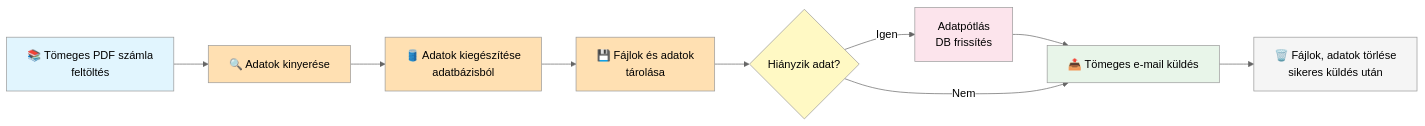
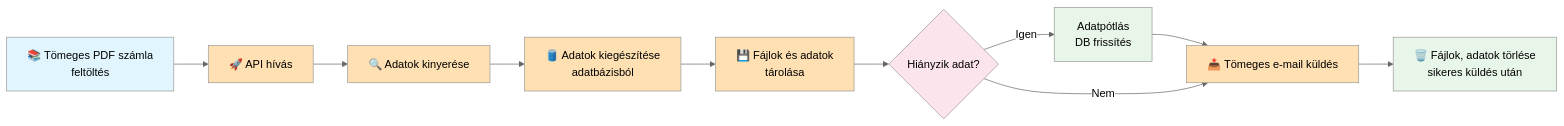
The fourth of 4 diagrams in SHOWCASE_mermaid.md (kraliken/playground-client), drawn with Mermaid (neutral theme) before and after one commit.

Commit message:
Update flowchart for bulk processing

````diff
--- a/SHOWCASE_mermaid.md
+++ b/SHOWCASE_mermaid.md
@@ -88,20 +88,23 @@
 ```mermaid
 flowchart LR
-    A[📚 Tömeges PDF számla<br/>feltöltés] --> B[🔍 Adatok kinyerése]
-    B --> C[🛢️ Adatok kiegészítése<br/>adatbázisból]
-    C --> D[💾 Fájlok és adatok<br/>tárolása]
-    D --> E{Hiányzik adat?}
-    E -- Igen --> F[Adatpótlás<br/>DB frissítés]
-    F --> G[📤 Tömeges e-mail küldés]
-    E -- Nem --> G
-    G --> H[🗑️ Fájlok, adatok törlése<br/>sikeres küldés után]
+    A[📚 Tömeges PDF számla<br/>feltöltés] --> B[🚀 API hívás]
+    B --> C[🔍 Adatok kinyerése]
+    C --> D[🛢️ Adatok kiegészítése<br/>adatbázisból]
+    D --> E[💾 Fájlok és adatok<br/>tárolása]
+    E --> F{Hiányzik adat?}
+    F -- Igen --> G[Adatpótlás<br/>DB frissítés]
+    G --> H[📤 Tömeges e-mail küldés]
+    F -- Nem --> H
+    H --> I[🗑️ Fájlok, adatok törlése<br/>sikeres küldés után]
 
     style A fill:#e1f5fe
     style B fill:#ffe0b2
     style C fill:#ffe0b2
     style D fill:#ffe0b2
-    style E fill:#fff9c4
+    style E fill:#ffe0b2
+    style F fill:#fff9c4
     style F fill:#fce4ec
     style G fill:#e8f5e9
-    style H fill:#f5f5f5
+    style H fill:#ffe0b2
+    style I fill:#e8f5e9
 ```
````
